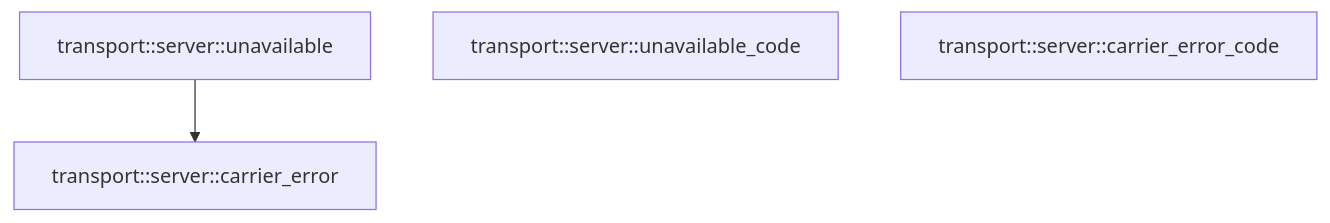
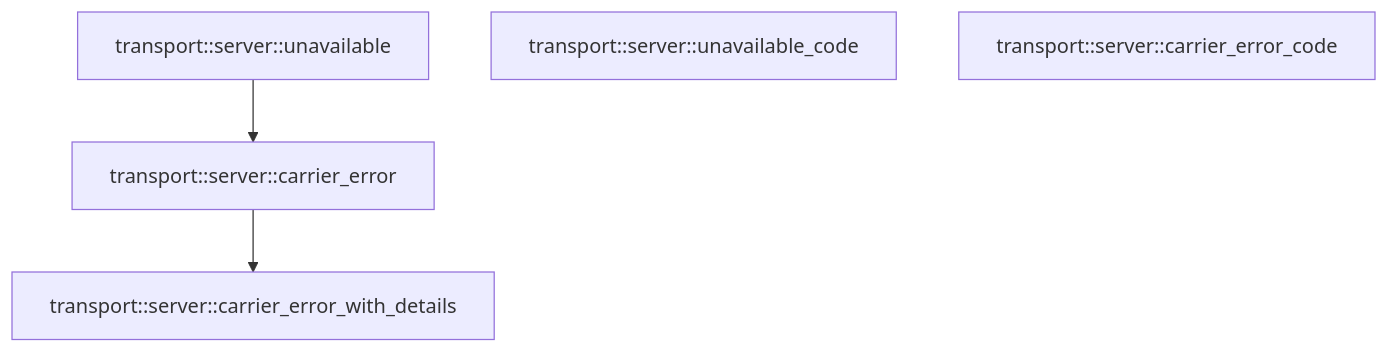
One commit to TekesApps/TekesKernel changed the fourth of 4 diagrams in crates/transport/docs/generated/src--server.md. Above: the diagram before and after it, drawn with Mermaid. The commit also changed other lines of this file and 56 other files, not shown here.

````diff
--- a/crates/transport/docs/generated/src--server.md
+++ b/crates/transport/docs/generated/src--server.md
@@ -371,8 +373,10 @@
 ```mermaid
 flowchart TD
   n0["transport::server::unavailable"]
   n1["transport::server::unavailable_code"]
   n2["transport::server::carrier_error_code"]
   n3["transport::server::carrier_error"]
+  n4["transport::server::carrier_error_with_details"]
   n0 --> n3
+  n3 --> n4
 ```
````
